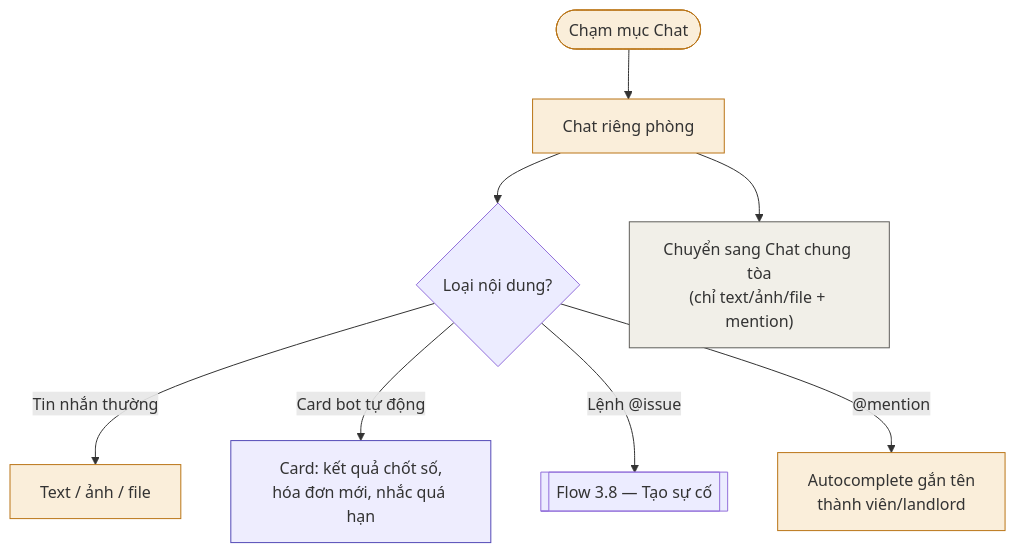
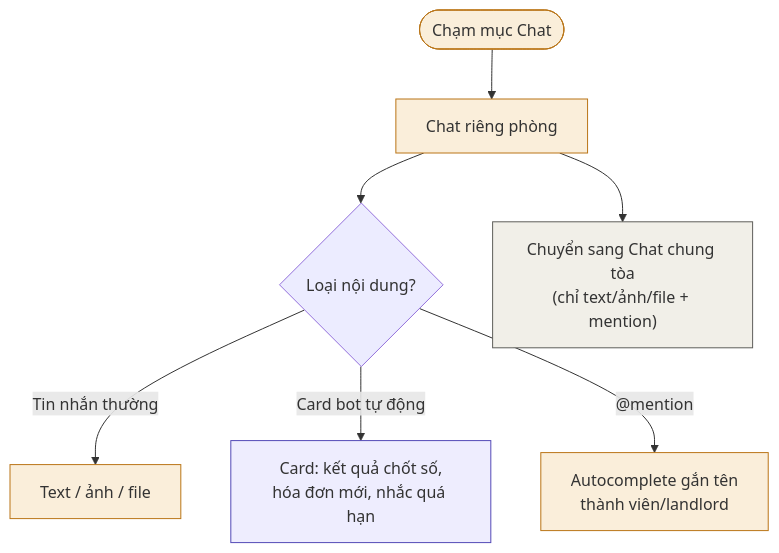
Diagram 14 of 17 in phase-1/discovery/user_flow/tenant-user-flow.md (pbl6-home-renter/docs), drawn with Mermaid before and after one commit. The commit also changed other lines of this file and 6 other files, not shown here.

````diff
--- a/phase-1/discovery/user_flow/tenant-user-flow.md
+++ b/phase-1/discovery/user_flow/tenant-user-flow.md
@@ -360,18 +313,17 @@
 ```mermaid
 flowchart TD
     Start(["Chạm mục Chat"]) --> Room["Chat riêng phòng"]
     Room --> Type{"Loại nội dung?"}
     Type -->|"Tin nhắn thường"| Text["Text / ảnh / file"]
     Type -->|"Card bot tự động"| Bot["Card: kết quả chốt số,\nhóa đơn mới, nhắc quá hạn"]
-    Type -->|"Lệnh @issue"| IssueCmd[["Flow 3.8 — Tạo sự cố"]]
     Type -->|"@mention"| Mention["Autocomplete gắn tên\nthành viên/landlord"]
 
     Room --> Switch["Chuyển sang Chat chung tòa\n(chỉ text/ảnh/file + mention)"]
 
     style Start fill:#faeeda,stroke:#ba7517
     style Room fill:#faeeda,stroke:#ba7517
     style Text fill:#faeeda,stroke:#ba7517
     style Bot fill:#eeedfe,stroke:#534ab7
     style Mention fill:#faeeda,stroke:#ba7517
     style Switch fill:#f1efe8,stroke:#5f5e5a
 ```
````
